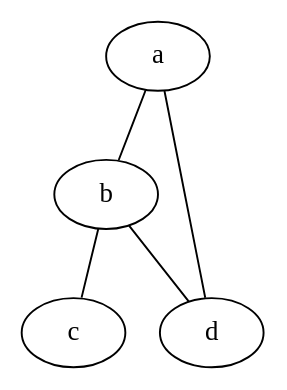
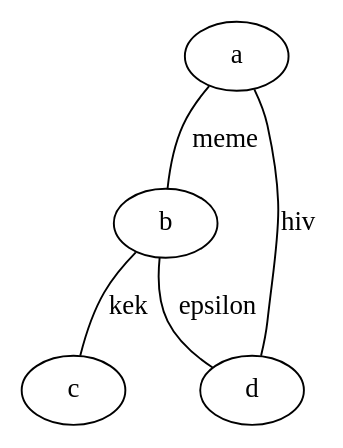
One commit to Katchau/COMP-AutoAnalyze.Dot changed the diagram in test.dot. Above: the diagram before and after it, drawn with Graphviz. The commit also changed 3 other files, not shown here.

```diff
--- a/test.dot
+++ b/test.dot
@@ -1,6 +1,6 @@
 graph graphname { 
-                a -- b; 
-                b -- c;
-                b -- d;
-                d -- a;
+                a -- b [label="meme"]; 
+                b -- c [label="kek"];
+                b -- d [label="epsilon"];
+                d -- a [label="hiv"];
         }
```
